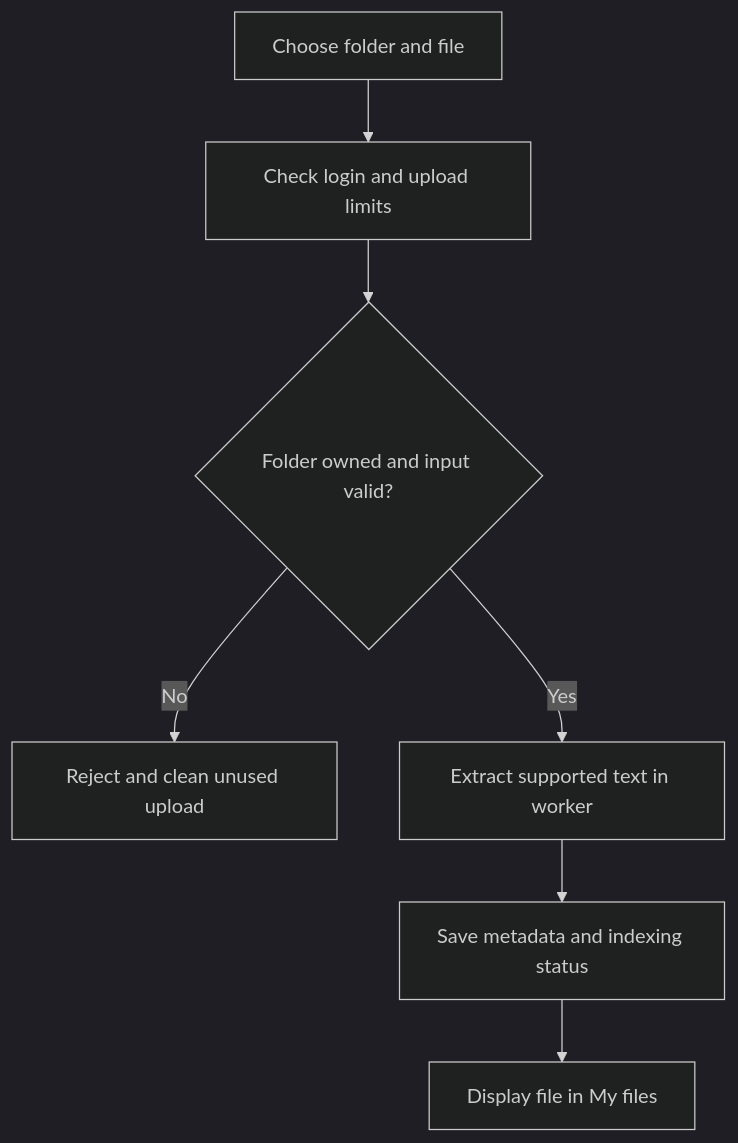
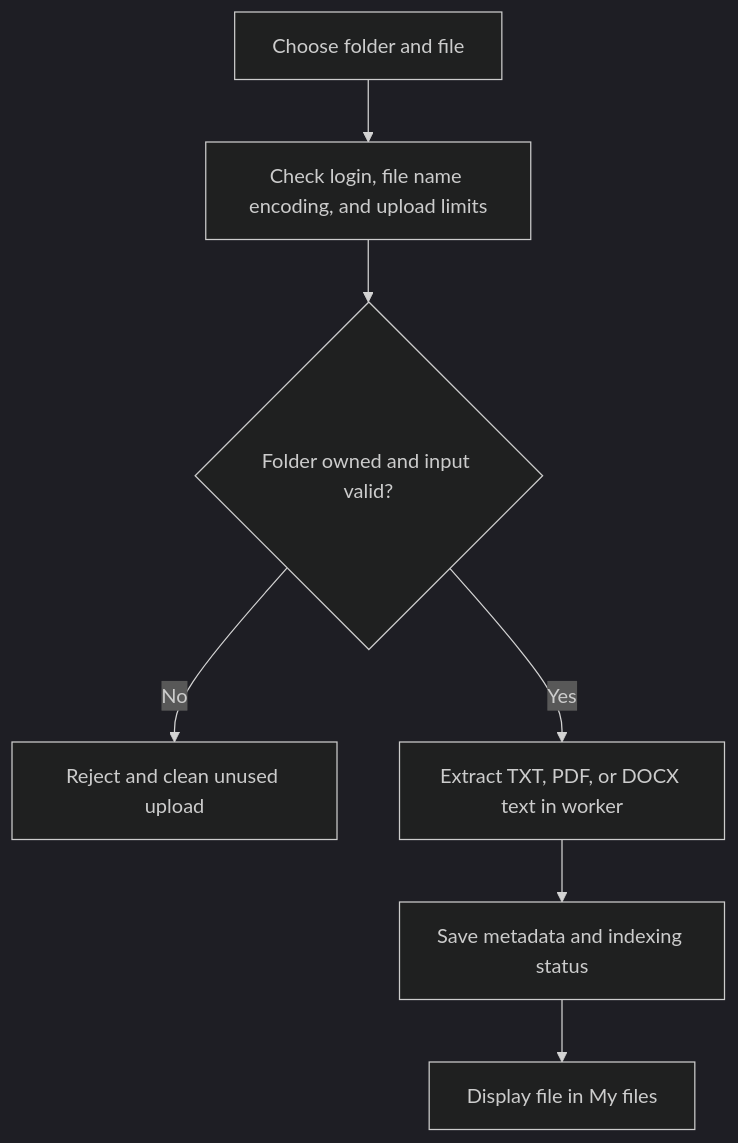
One commit to A2soma2R/ECM-System changed the fourth of 5 diagrams in SYSTEM_DESIGN.md. Above: the diagram before and after it, drawn with Mermaid (dark theme). The commit also changed other lines of this file and 4 other files, not shown here.

````diff
--- a/SYSTEM_DESIGN.md
+++ b/SYSTEM_DESIGN.md
@@ -116,9 +125,9 @@
 ```mermaid
 flowchart TD
-    A["Choose folder and file"] --> B["Check login and upload limits"]
+    A["Choose folder and file"] --> B["Check login, file name encoding, and upload limits"]
     B --> C{"Folder owned and input valid?"}
     C -->|No| D["Reject and clean unused upload"]
-    C -->|Yes| E["Extract supported text in worker"]
+    C -->|Yes| E["Extract TXT, PDF, or DOCX text in worker"]
     E --> F["Save metadata and indexing status"]
     F --> G["Display file in My files"]
 ```
````
